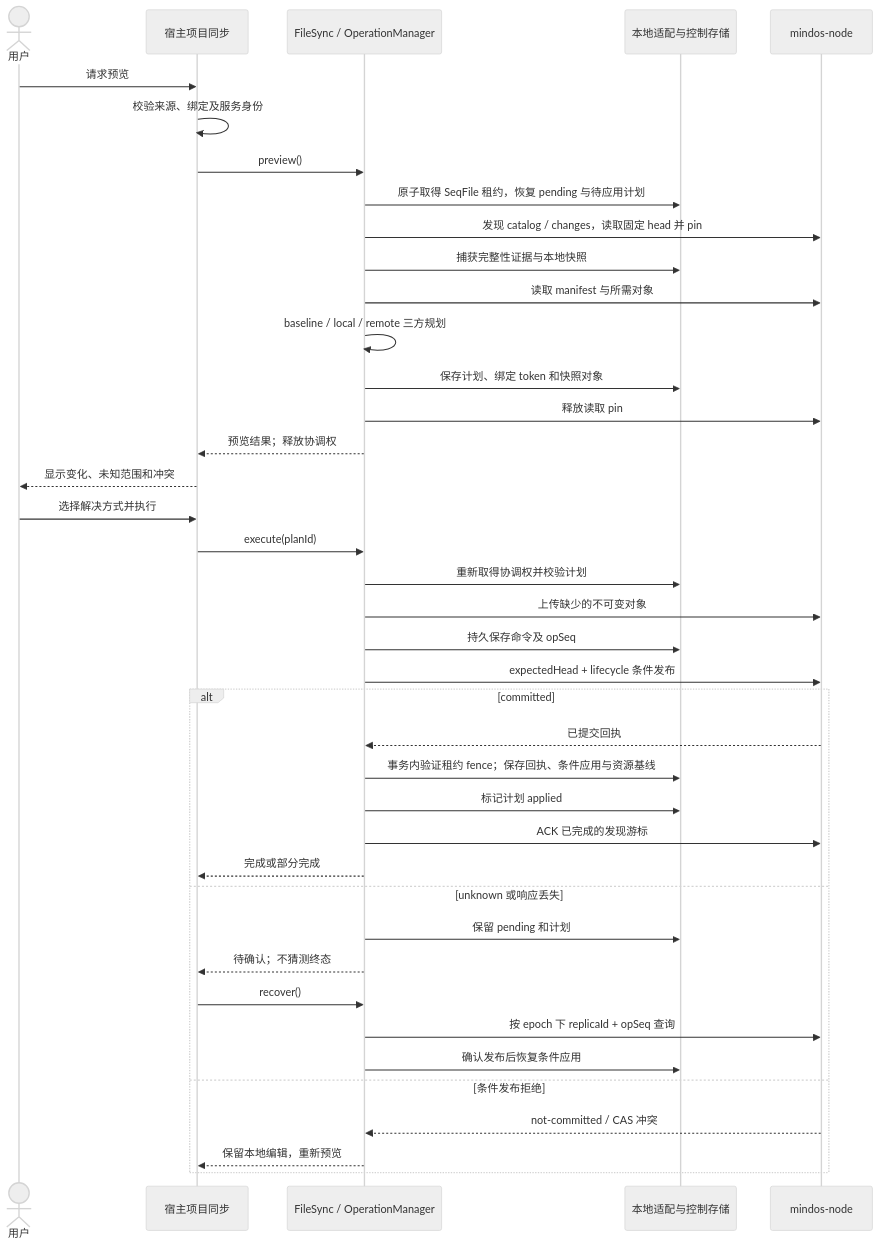
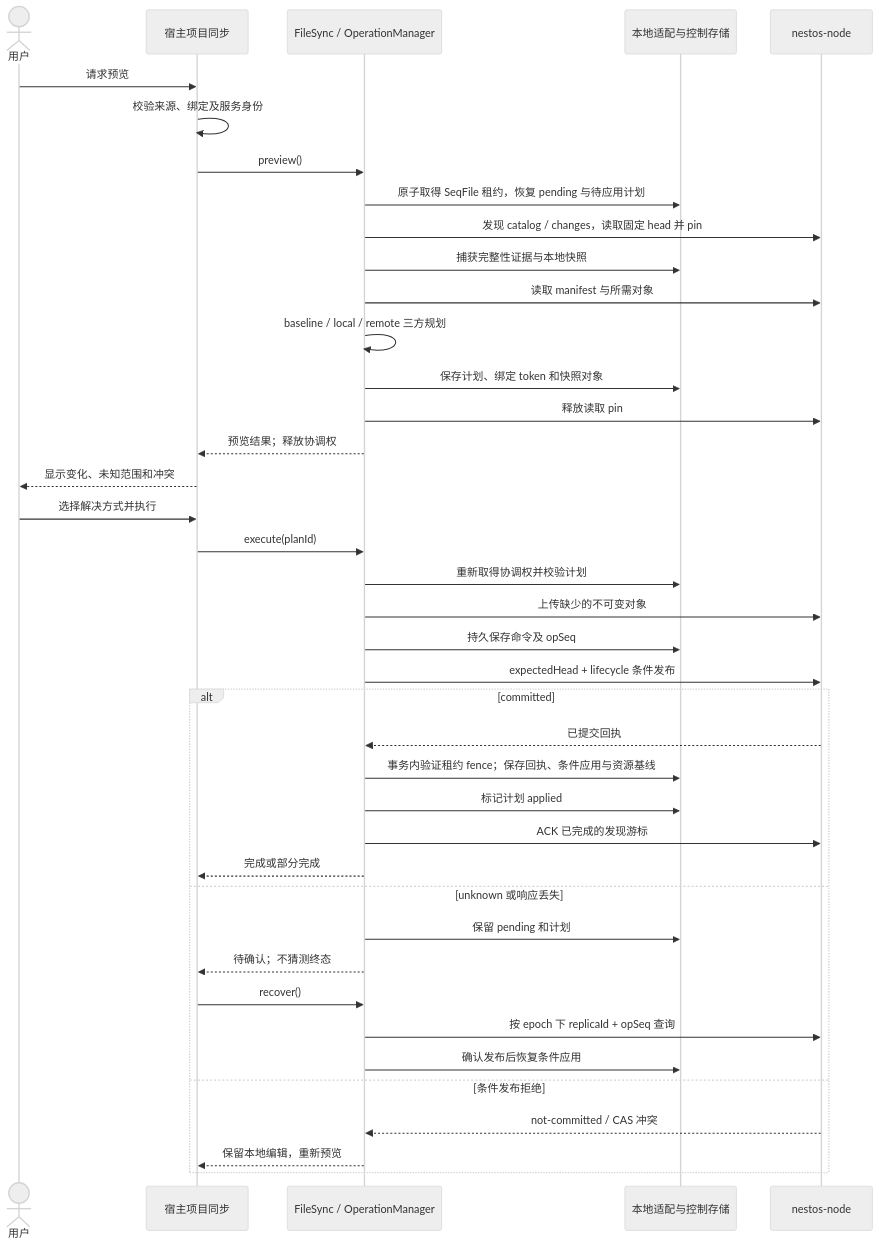
One commit to mushuanli/NestOS changed the third of 4 diagrams in doc/design/sync-vfs-module-boundaries.md. Above: the diagram before and after it, drawn with Mermaid (neutral theme). The commit also changed other lines of this file and 428 other files, not shown here.

````diff
--- a/doc/design/sync-vfs-module-boundaries.md
+++ b/doc/design/sync-vfs-module-boundaries.md
@@ -84,42 +84,42 @@
 ```mermaid
 sequenceDiagram
     actor User as 用户
     participant Host as 宿主项目同步
     participant Core as FileSync / OperationManager
     participant Local as 本地适配与控制存储
-    participant Cloud as mindos-node
+    participant Cloud as nestos-node
     User->>Host: 请求预览
     Host->>Host: 校验来源、绑定及服务身份
     Host->>Core: preview()
     Core->>Local: 原子取得 SeqFile 租约，恢复 pending 与待应用计划
     Core->>Cloud: 发现 catalog / changes，读取固定 head 并 pin
     Core->>Local: 捕获完整性证据与本地快照
     Core->>Cloud: 读取 manifest 与所需对象
     Core->>Core: baseline / local / remote 三方规划
     Core->>Local: 保存计划、绑定 token 和快照对象
     Core->>Cloud: 释放读取 pin
     Core-->>Host: 预览结果；释放协调权
     Host-->>User: 显示变化、未知范围和冲突
     User->>Host: 选择解决方式并执行
     Host->>Core: execute(planId)
     Core->>Local: 重新取得协调权并校验计划
     Core->>Cloud: 上传缺少的不可变对象
     Core->>Local: 持久保存命令及 opSeq
     Core->>Cloud: expectedHead + lifecycle 条件发布
     alt committed
         Cloud-->>Core: 已提交回执
         Core->>Local: 事务内验证租约 fence；保存回执、条件应用与资源基线
         Core->>Local: 标记计划 applied
         Core->>Cloud: ACK 已完成的发现游标
         Core-->>Host: 完成或部分完成
     else unknown 或响应丢失
         Core->>Local: 保留 pending 和计划
         Core-->>Host: 待确认；不猜测终态
         Host->>Core: recover()
         Core->>Cloud: 按 epoch 下 replicaId + opSeq 查询
         Core->>Local: 确认发布后恢复条件应用
     else 条件发布拒绝
         Cloud-->>Core: not-committed / CAS 冲突
         Core-->>Host: 保留本地编辑，重新预览
     end
 ```
````
